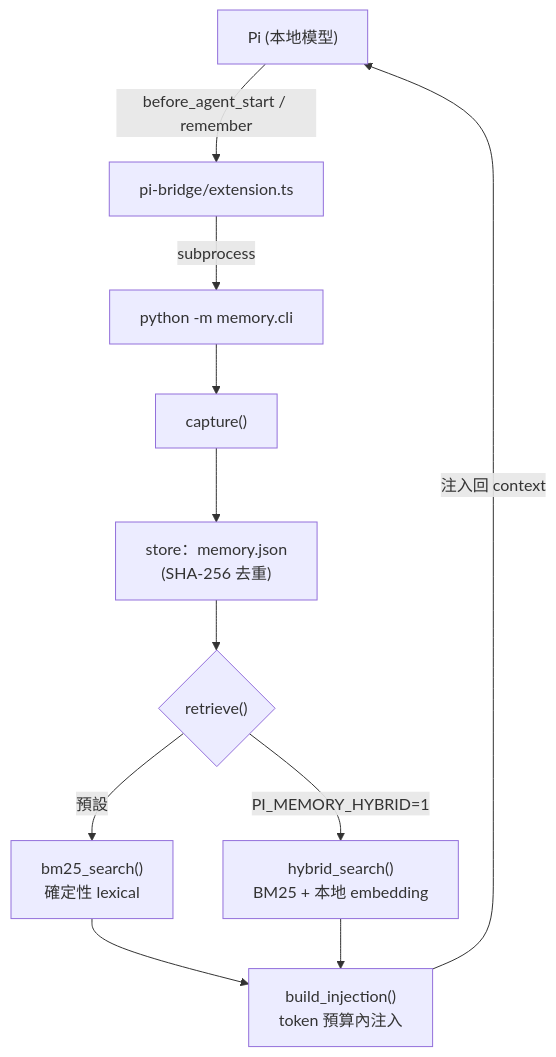
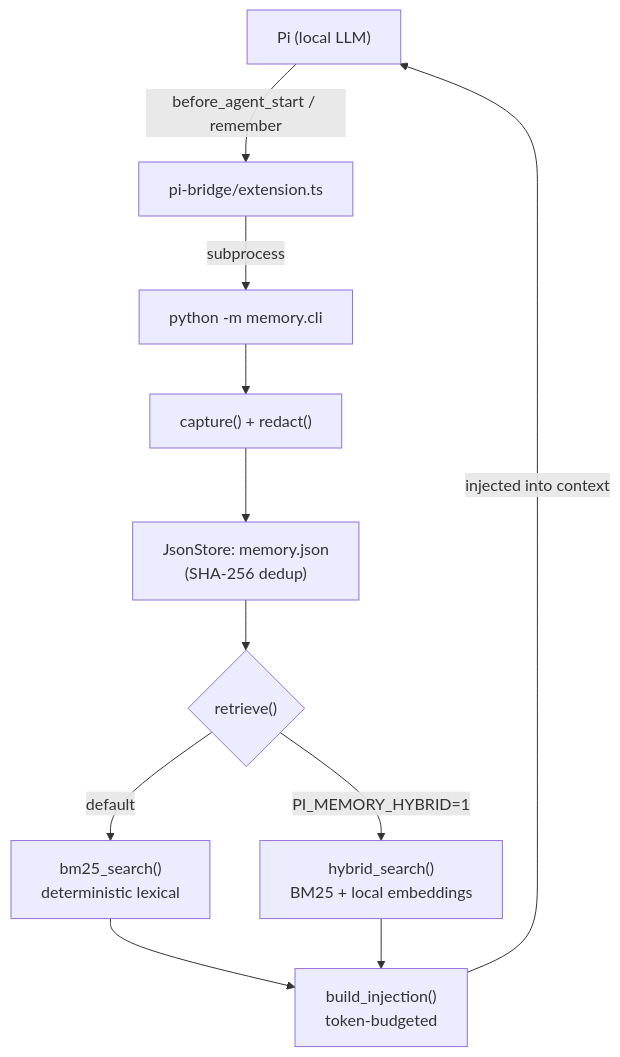
Before and after one commit to EnjouWang/pi-memory: the diagram in README.md, drawn with Mermaid. The commit also changed other lines of this file and 15 other files, not shown here.

````diff
--- a/README.md
+++ b/README.md
@@ -12,13 +27,13 @@
 ```mermaid
 flowchart TD
-    Pi["Pi (本地模型)"] -- "before_agent_start / remember" --> Bridge["pi-bridge/extension.ts<br/>"]
+    Pi["Pi (local LLM)"] -- "before_agent_start / remember" --> Bridge["pi-bridge/extension.ts"]
     Bridge -- "subprocess" --> CLI["python -m memory.cli"]
-    CLI --> Capture["capture()"]
-    Capture --> Store["store：memory.json<br/>(SHA-256 去重)"]
+    CLI --> Capture["capture() + redact()"]
+    Capture --> Store["JsonStore: memory.json<br/>(SHA-256 dedup)"]
     Store --> Retrieve{"retrieve()"}
-    Retrieve -- "預設" --> BM25["bm25_search()<br/>確定性 lexical"]
-    Retrieve -- "PI_MEMORY_HYBRID=1" --> Hybrid["hybrid_search()<br/>BM25 + 本地 embedding"]
-    BM25 --> Inject["build_injection()<br/>token 預算內注入"]
+    Retrieve -- "default" --> BM25["bm25_search()<br/>deterministic lexical"]
+    Retrieve -- "PI_MEMORY_HYBRID=1" --> Hybrid["hybrid_search()<br/>BM25 + local embeddings"]
+    BM25 --> Inject["build_injection()<br/>token-budgeted"]
     Hybrid --> Inject
-    Inject -- "注入回 context" --> Pi
+    Inject -- "injected into context" --> Pi
 ```
````
